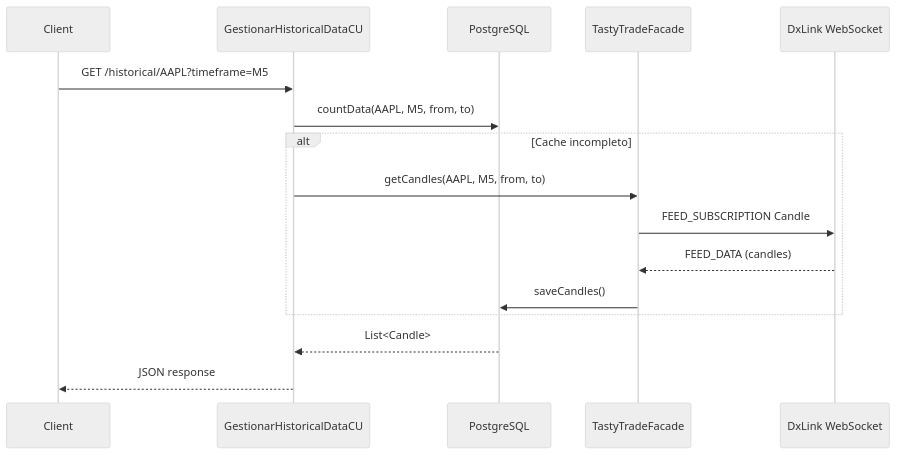
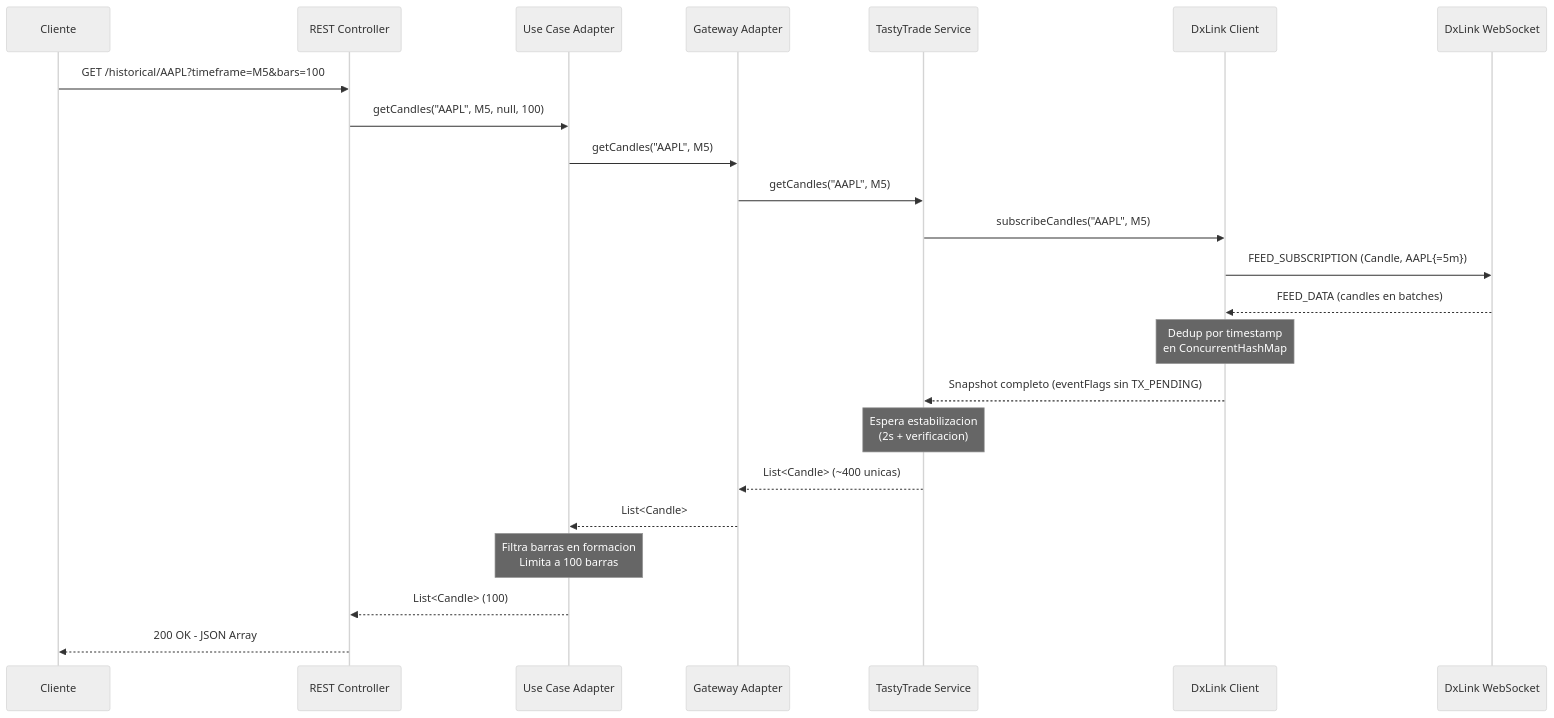
One commit to MeTradingPlat/marketdata-service changed the second of 2 diagrams in README.md. Above: the diagram before and after it, drawn with Mermaid (neutral theme). The commit also changed other lines of this file and 6 other files, not shown here.

````diff
--- a/README.md
+++ b/README.md
@@ -69,19 +112,26 @@
 ```mermaid
 sequenceDiagram
-    participant C as Client
-    participant UC as GestionarHistoricalDataCU
-    participant DB as PostgreSQL
-    participant F as TastyTradeFacade
+    participant C as Cliente
+    participant RC as REST Controller
+    participant UC as Use Case Adapter
+    participant GW as Gateway Adapter
+    participant TTS as TastyTrade Service
+    participant DXL as DxLink Client
     participant WS as DxLink WebSocket
 
-    C->>UC: GET /historical/AAPL?timeframe=M5
-    UC->>DB: countData(AAPL, M5, from, to)
-    alt Cache incompleto
-        UC->>F: getCandles(AAPL, M5, from, to)
-        F->>WS: FEED_SUBSCRIPTION Candle
-        WS-->>F: FEED_DATA (candles)
-        F->>DB: saveCandles()
-    end
-    DB-->>UC: List<Candle>
-    UC-->>C: JSON response
+    C->>RC: GET /historical/AAPL?timeframe=M5&bars=100
+    RC->>UC: getCandles("AAPL", M5, null, 100)
+    UC->>GW: getCandles("AAPL", M5)
+    GW->>TTS: getCandles("AAPL", M5)
+    TTS->>DXL: subscribeCandles("AAPL", M5)
+    DXL->>WS: FEED_SUBSCRIPTION (Candle, AAPL{=5m})
+    WS-->>DXL: FEED_DATA (candles en batches)
+    Note over DXL: Dedup por timestamp<br/>en ConcurrentHashMap
+    DXL-->>TTS: Snapshot completo (eventFlags sin TX_PENDING)
+    Note over TTS: Espera estabilizacion<br/>(2s + verificacion)
+    TTS-->>GW: List<Candle> (~400 unicas)
+    GW-->>UC: List<Candle>
+    Note over UC: Filtra barras en formacion<br/>Limita a 100 barras
+    UC-->>RC: List<Candle> (100)
+    RC-->>C: 200 OK - JSON Array
 ```
````
